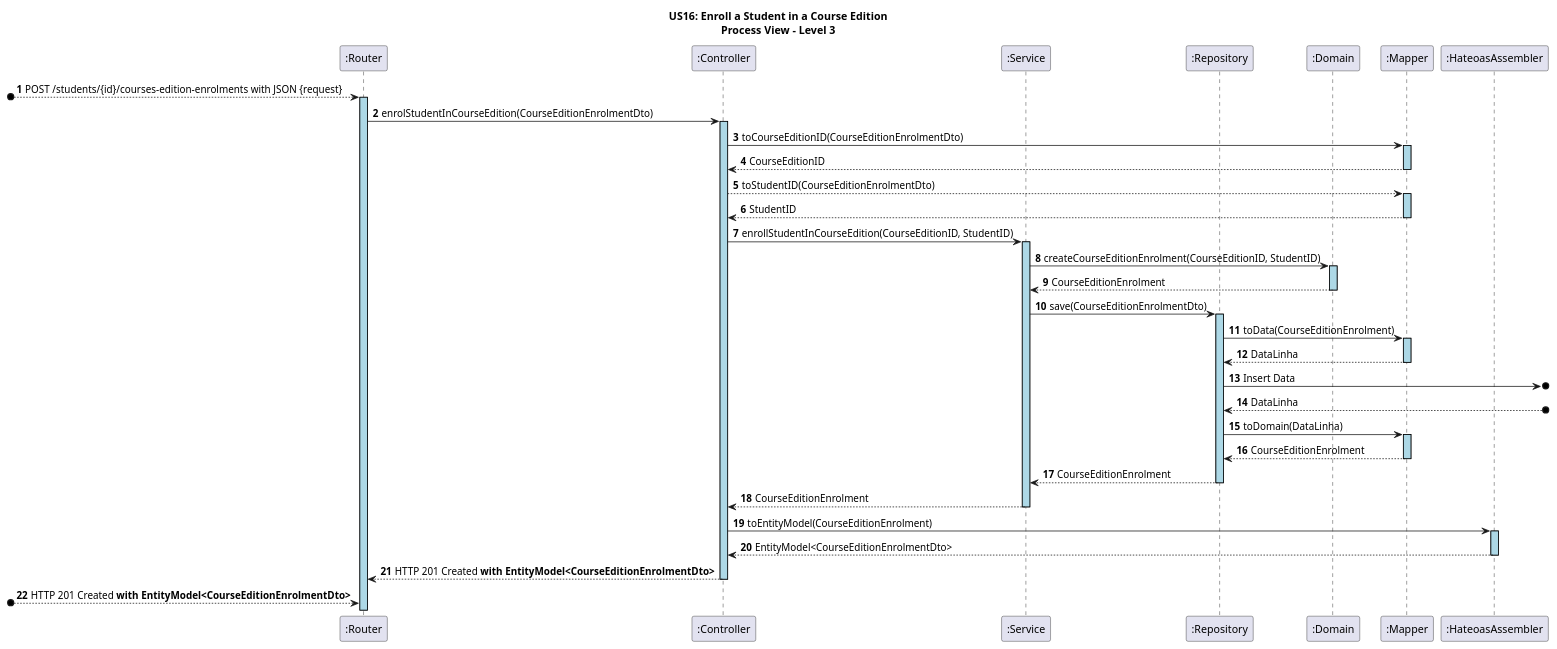
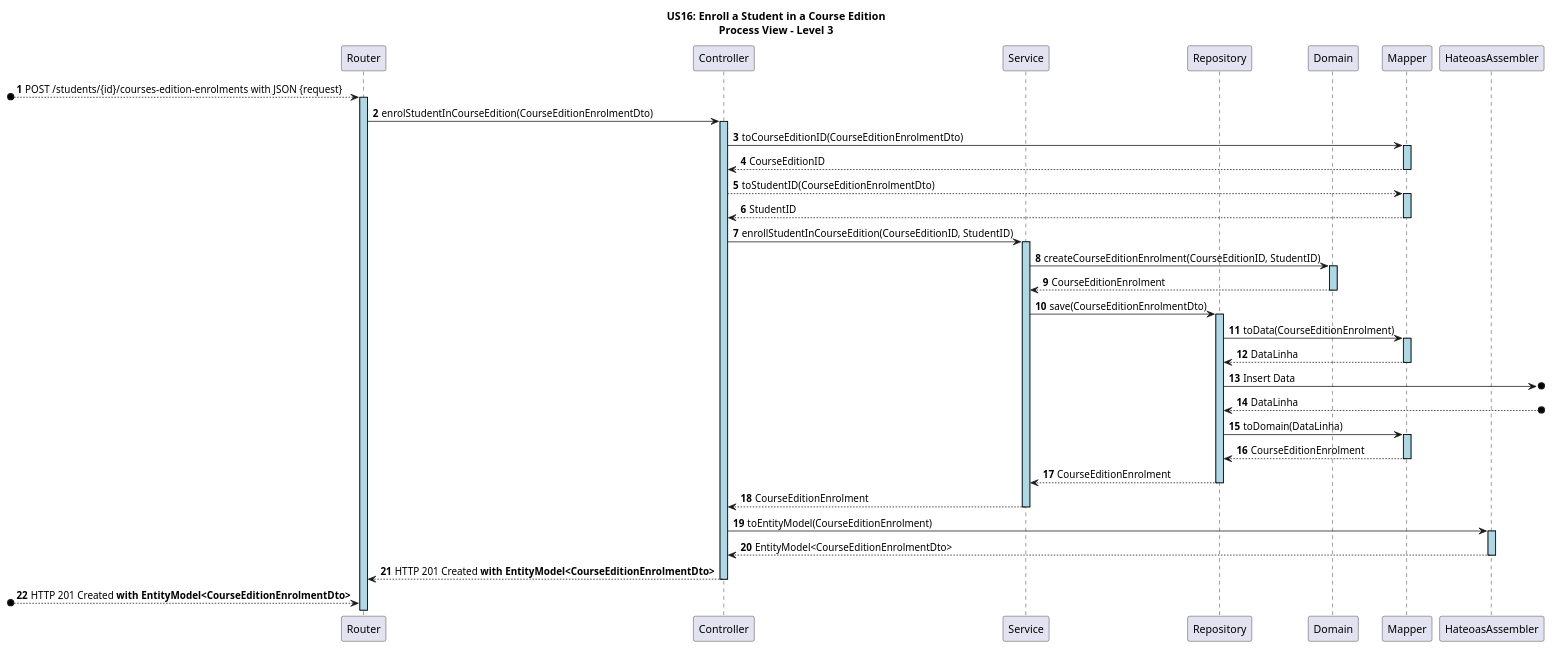
One commit to GasparISEP/DevOps-PAI changed the diagram in docs/US16/sprint6_RestController/process_view/Level3.puml. Above: the diagram before and after it, drawn with PlantUML.

Commit message:
Refactor participant labels in Level3 UML diagram for consistency and clarity. #659 #684

```diff
--- a/docs/US16/sprint6_RestController/process_view/Level3.puml
+++ b/docs/US16/sprint6_RestController/process_view/Level3.puml
@@ -1,60 +1,60 @@
 @startuml
 autonumber
 
 skinparam sequence {
     LifelineBorderColor black
     LifelineBackgroundColor LightBlue
     ActorBorderColor black
     ActorBackgroundColor LightGray
 }
 
 title US16: Enroll a Student in a Course Edition\nProcess View – Level 3
 
-participant ":Router" as RT
-participant ":Controller" as CT
-participant ":Service" as SE
-participant ":Repository" as RE
-participant ":Domain" as DM
-participant ":Mapper" as MA
-participant ":HateoasAssembler" as HA
+participant "Router" as RT
+participant "Controller" as CT
+participant "Service" as SE
+participant "Repository" as RE
+participant "Domain" as DM
+participant "Mapper" as MA
+participant "HateoasAssembler" as HA
 
 
  [o--> RT ++: POST /students/{id}/courses-edition-enrolments with JSON {request}
 RT -> CT ++: enrolStudentInCourseEdition(CourseEditionEnrolmentDto)
 
 
 CT -> MA ++: toCourseEditionID(CourseEditionEnrolmentDto)
 MA --> CT --: CourseEditionID
 CT --> MA ++: toStudentID(CourseEditionEnrolmentDto)
 MA --> CT --: StudentID
 CT -> SE ++: enrollStudentInCourseEdition(CourseEditionID, StudentID)
 
 
 
 SE -> DM ++: createCourseEditionEnrolment(CourseEditionID, StudentID)
 DM --> SE --: CourseEditionEnrolment
 
 SE -> RE ++: save(CourseEditionEnrolmentDto)
 
 RE -> MA ++: toData(CourseEditionEnrolment)
 MA --> RE --: DataLinha	
 
 RE ->o]: Insert Data
 RE <--o]: DataLinha
 
 
 RE -> MA ++: toDomain(DataLinha)
 MA --> RE --: CourseEditionEnrolment
 
 RE --> SE --: CourseEditionEnrolment
 
 SE --> CT --: CourseEditionEnrolment
 
 CT -> HA ++: toEntityModel(CourseEditionEnrolment)
 HA --> CT --: EntityModel<CourseEditionEnrolmentDto>
 
 CT --> RT --: HTTP 201 Created **with EntityModel<CourseEditionEnrolmentDto>**
 
 [o-->  RT: HTTP 201 Created **with EntityModel<CourseEditionEnrolmentDto>**
 
 @enduml
```
